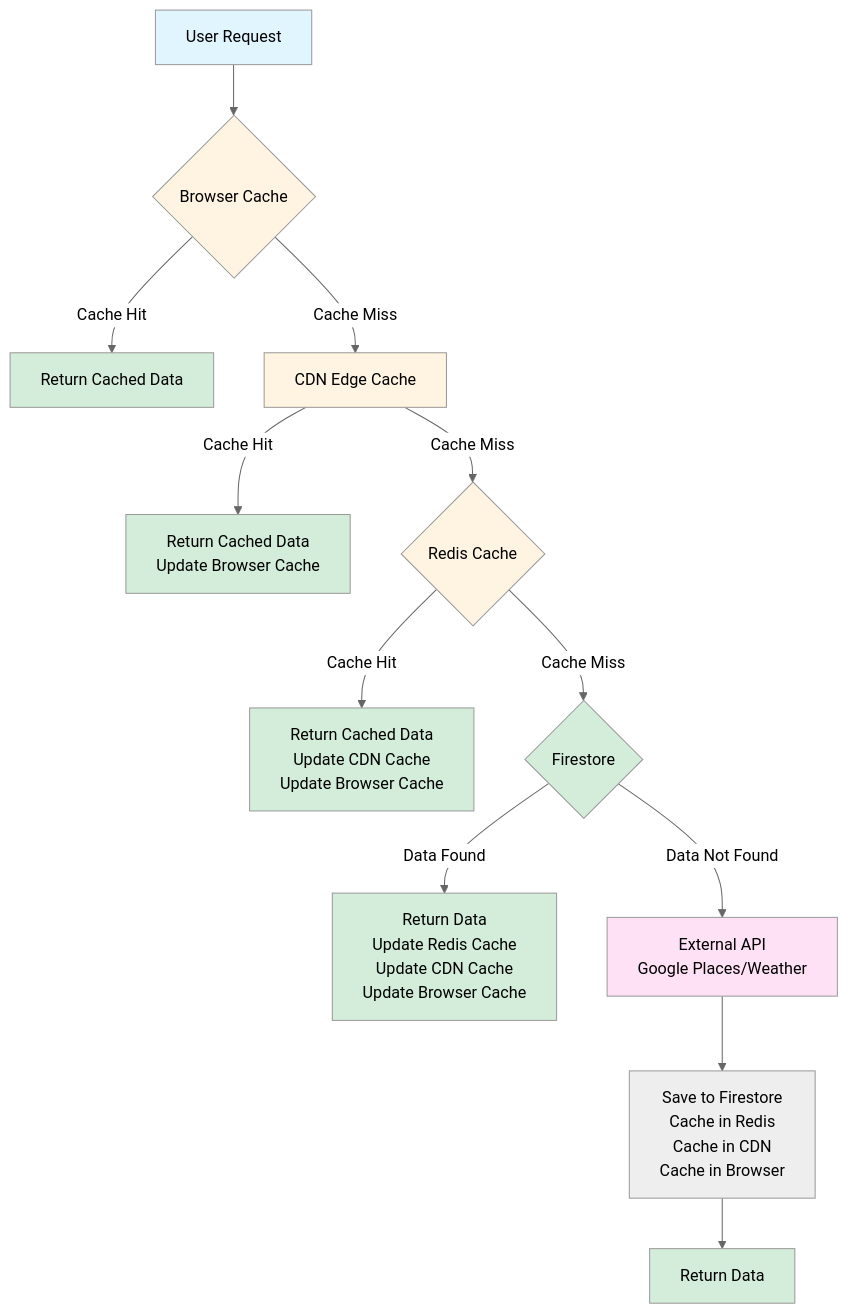
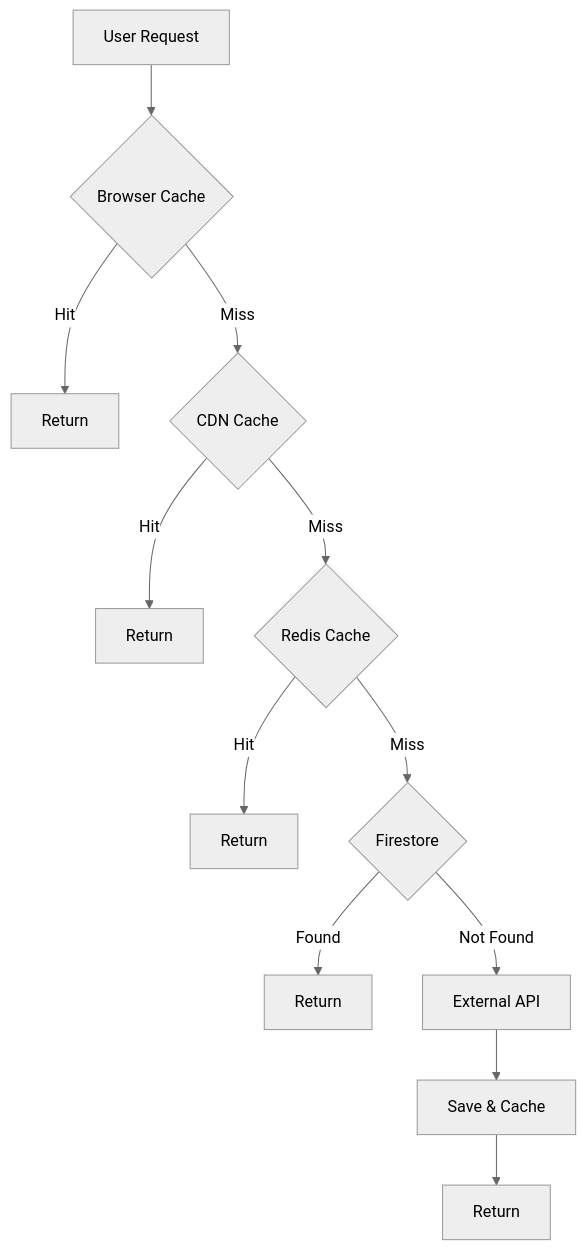
Before and after one commit to nvtank/AI_Assistant_DN: the sixth of 8 diagrams in docs/future/07-Future-Data-Flow.md, drawn with Mermaid (neutral theme). The commit also changed other lines of this file and 3 other files, not shown here.

````diff
--- a/docs/future/07-Future-Data-Flow.md
+++ b/docs/future/07-Future-Data-Flow.md
@@ -262,30 +162,14 @@
 ```mermaid
 flowchart TD
-    Request[User Request] --> BrowserCache{Browser Cache}
-    BrowserCache -->|Cache Hit| Return1[Return Cached Data]
-    BrowserCache -->|Cache Miss| CDN[CDN Edge Cache]
-    
-    CDN -->|Cache Hit| Return2[Return Cached Data<br/>Update Browser Cache]
-    CDN -->|Cache Miss| Redis{Redis Cache}
-    
-    Redis -->|Cache Hit| Return3[Return Cached Data<br/>Update CDN Cache<br/>Update Browser Cache]
-    Redis -->|Cache Miss| Firestore{Firestore}
-    
-    Firestore -->|Data Found| Return4[Return Data<br/>Update Redis Cache<br/>Update CDN Cache<br/>Update Browser Cache]
-    Firestore -->|Data Not Found| ExternalAPI[External API<br/>Google Places/Weather]
-    
-    ExternalAPI --> Save[Save to Firestore<br/>Cache in Redis<br/>Cache in CDN<br/>Cache in Browser]
-    Save --> Return5[Return Data]
-    
-    style Request fill:#e1f5ff
-    style BrowserCache fill:#fff4e1
-    style CDN fill:#fff4e1
-    style Redis fill:#fff4e1
-    style Firestore fill:#d4edda
-    style ExternalAPI fill:#ffe1f5
-    style Return1 fill:#d4edda
-    style Return2 fill:#d4edda
-    style Return3 fill:#d4edda
-    style Return4 fill:#d4edda
-    style Return5 fill:#d4edda
+    Request[User Request] --> Browser{Browser Cache}
+    Browser -->|Hit| Return1[Return]
+    Browser -->|Miss| CDN{CDN Cache}
+    CDN -->|Hit| Return2[Return]
+    CDN -->|Miss| Redis{Redis Cache}
+    Redis -->|Hit| Return3[Return]
+    Redis -->|Miss| Firestore{Firestore}
+    Firestore -->|Found| Return4[Return]
+    Firestore -->|Not Found| API[External API]
+    API --> Save[Save & Cache]
+    Save --> Return5[Return]
 ```
````
